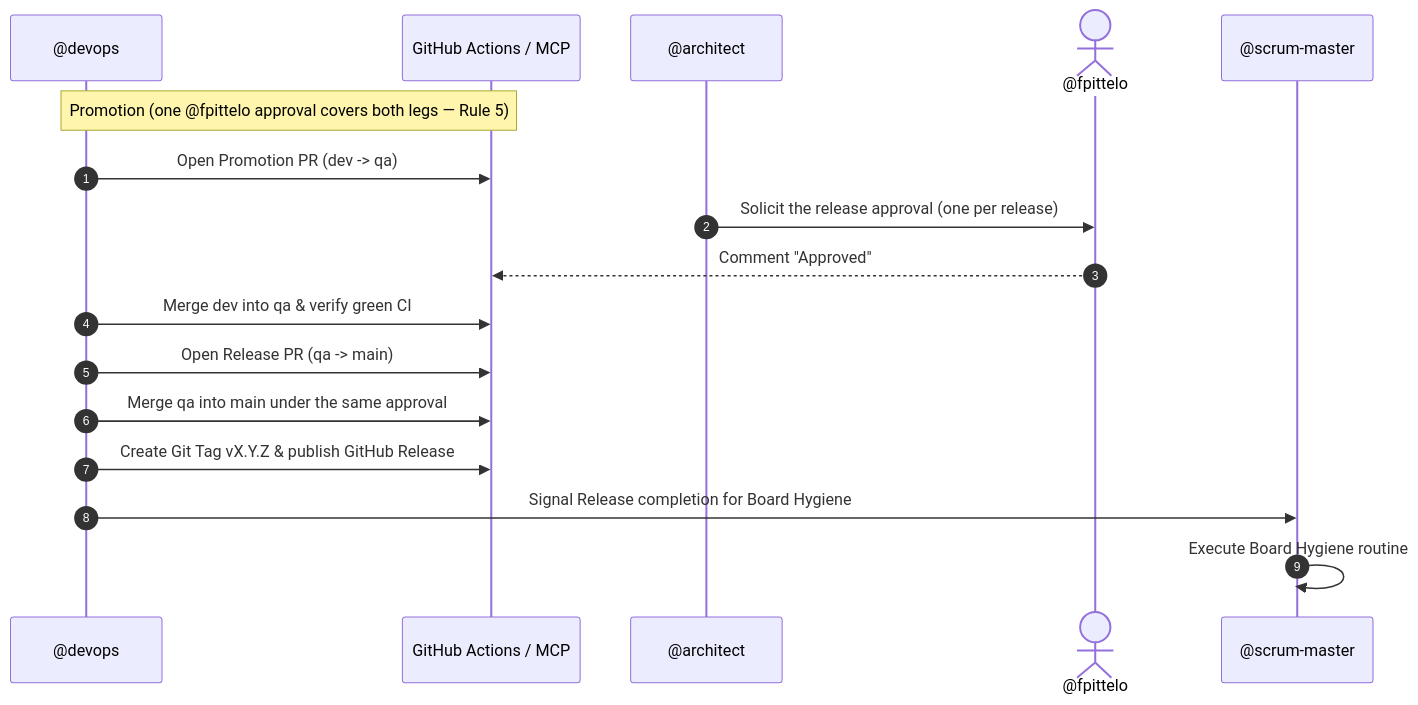
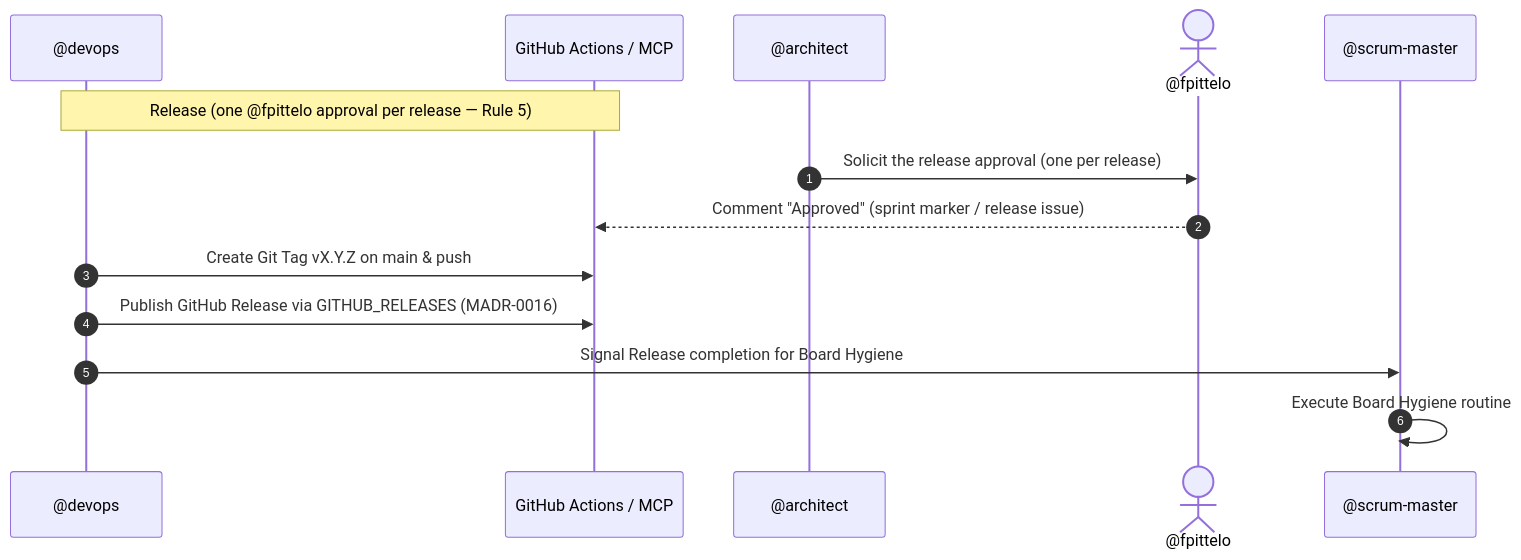
Before and after one commit to fpittelo/opencode-home-config: the third of 3 diagrams in agents/devops.md, drawn with Mermaid. The commit also changed other lines of this file and 27 other files, not shown here.

First line of the commit message:
docs(madr-0017): adopt trunk+tag delivery — governance, agents, skills, arc42 (#333)

````diff
--- a/agents/devops.md
+++ b/agents/devops.md
@@ -231,20 +230,17 @@
 ```mermaid
 sequenceDiagram
     autonumber
     participant Ops as @devops
     participant GH as GitHub Actions / MCP
     participant Arch as @architect
     actor User as @fpittelo
     participant SM as @scrum-master
 
-    Note over Ops, GH: Promotion (one @fpittelo approval covers both legs — Rule 5)
-    Ops->>GH: Open Promotion PR (dev -> qa)
+    Note over Ops, GH: Release (one @fpittelo approval per release — Rule 5)
     Arch->>User: Solicit the release approval (one per release)
-    User-->>GH: Comment "Approved"
-    Ops->>GH: Merge dev into qa & verify green CI
-    Ops->>GH: Open Release PR (qa -> main)
-    Ops->>GH: Merge qa into main under the same approval
-    Ops->>GH: Create Git Tag vX.Y.Z & publish GitHub Release
+    User-->>GH: Comment "Approved" (sprint marker / release issue)
+    Ops->>GH: Create Git Tag vX.Y.Z on main & push
+    Ops->>GH: Publish GitHub Release via GITHUB_RELEASES (MADR-0016)
     Ops->>SM: Signal Release completion for Board Hygiene
     SM->>SM: Execute Board Hygiene routine
 ```
````
